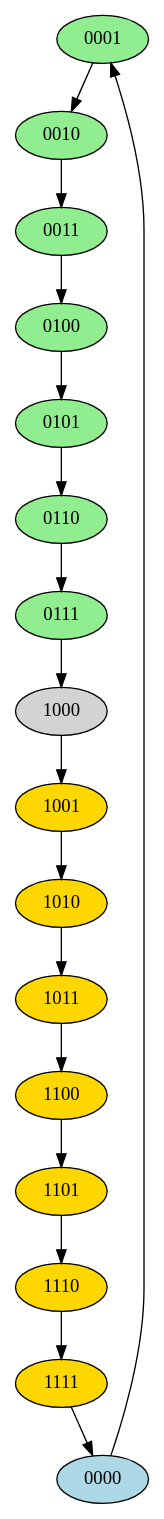
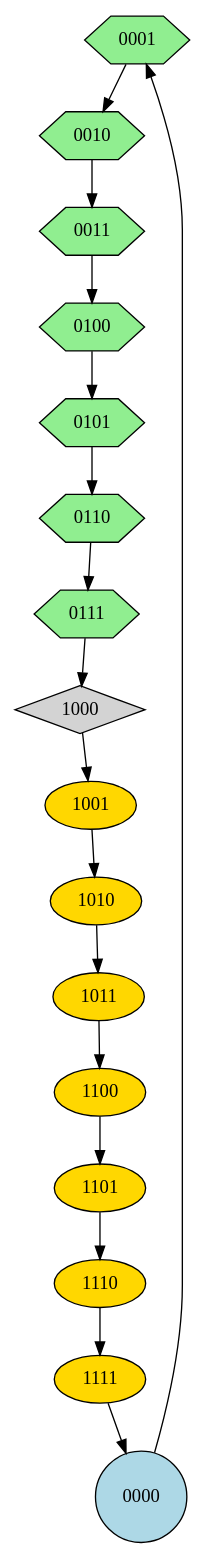
The diagram in Transparents/presentation_ch_syst_numer.org (gbegin/circuits_logiques), drawn with Graphviz before and after one commit. The commit also changed other lines of this file and 41 other files, not shown here.

```diff
--- a/Transparents/presentation_ch_syst_numer.org
+++ b/Transparents/presentation_ch_syst_numer.org
@@ -456,40 +456,40 @@
 #+BEGIN_SRC dot :file Sources_images_logiques/images/cycle.png :results silent :cmdline -Kcirco -Tpng :exports none
      digraph {
      splines=true;
    node [style=filled]
 
-     id0001 [label="0001" fillcolor="lightgreen"]
-     id0010 [label="0010" fillcolor="lightgreen"]
-     id0011 [label="0011" fillcolor="lightgreen"]
-     id0100 [label="0100" fillcolor="lightgreen"]
-     id0101 [label="0101" fillcolor="lightgreen"]
-     id0110 [label="0110" fillcolor="lightgreen"]
-     id0111 [label="0111" fillcolor="lightgreen"]
-     id1000 [label="1000"]
+     id0001 [label="0001" fillcolor="lightgreen" shape="hexagon"]
+     id0010 [label="0010" fillcolor="lightgreen" shape="hexagon"]
+     id0011 [label="0011" fillcolor="lightgreen" shape="hexagon"]
+     id0100 [label="0100" fillcolor="lightgreen" shape="hexagon"]
+     id0101 [label="0101" fillcolor="lightgreen" shape="hexagon"]
+     id0110 [label="0110" fillcolor="lightgreen" shape="hexagon"]
+     id0111 [label="0111" fillcolor="lightgreen" shape="hexagon"]
+     id1000 [label="1000" shape="diamond"]
      id1001 [label="1001" fillcolor="gold"]
      id1010 [label="1010" fillcolor="gold"]
      id1011 [label="1011" fillcolor="gold"]
      id1100 [label="1100" fillcolor="gold"]
      id1101 [label="1101" fillcolor="gold"]
      id1110 [label="1110" fillcolor="gold"]
      id1111 [label="1111" fillcolor="gold"]
-     id0000 [label="0000" fillcolor="lightblue" ]
+     id0000 [label="0000" fillcolor="lightblue" shape="circle"]
 
       id0000 ->  id0001 
       id0001 ->  id0010 
       id0010 ->  id0011 
       id0011 ->  id0100 
       id0100 ->  id0101 
       id0101 ->  id0110 
       id0110 ->  id0111 
       id0111 ->  id1000
       id1000 ->  id1001 
       id1001 ->  id1010 
       id1010 ->  id1011 
       id1011 ->  id1100 
       id1100 ->  id1101 
       id1101 ->  id1110 
       id1110 ->  id1111 
       id1111 ->  id0000  
      }
 #+END_SRC
```
